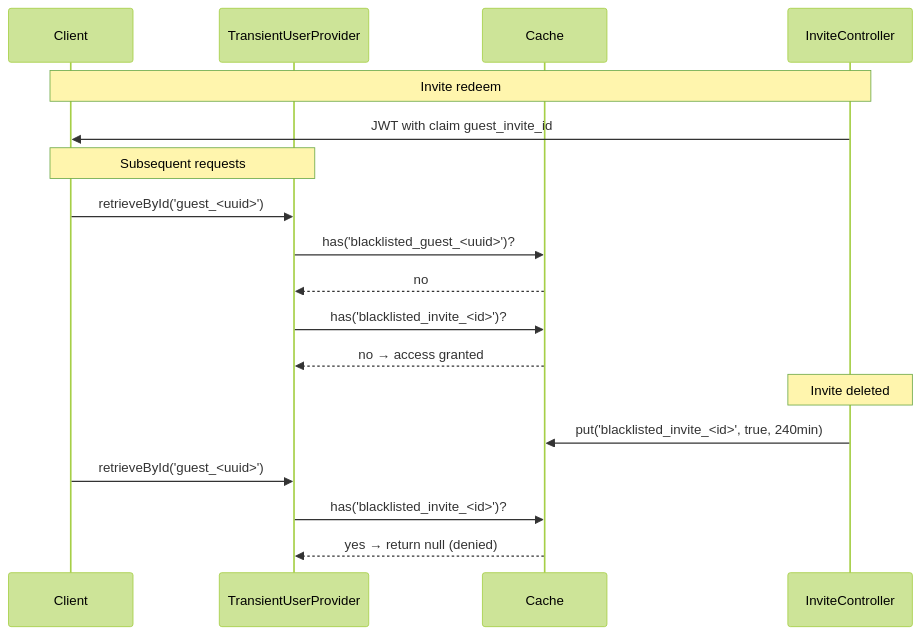
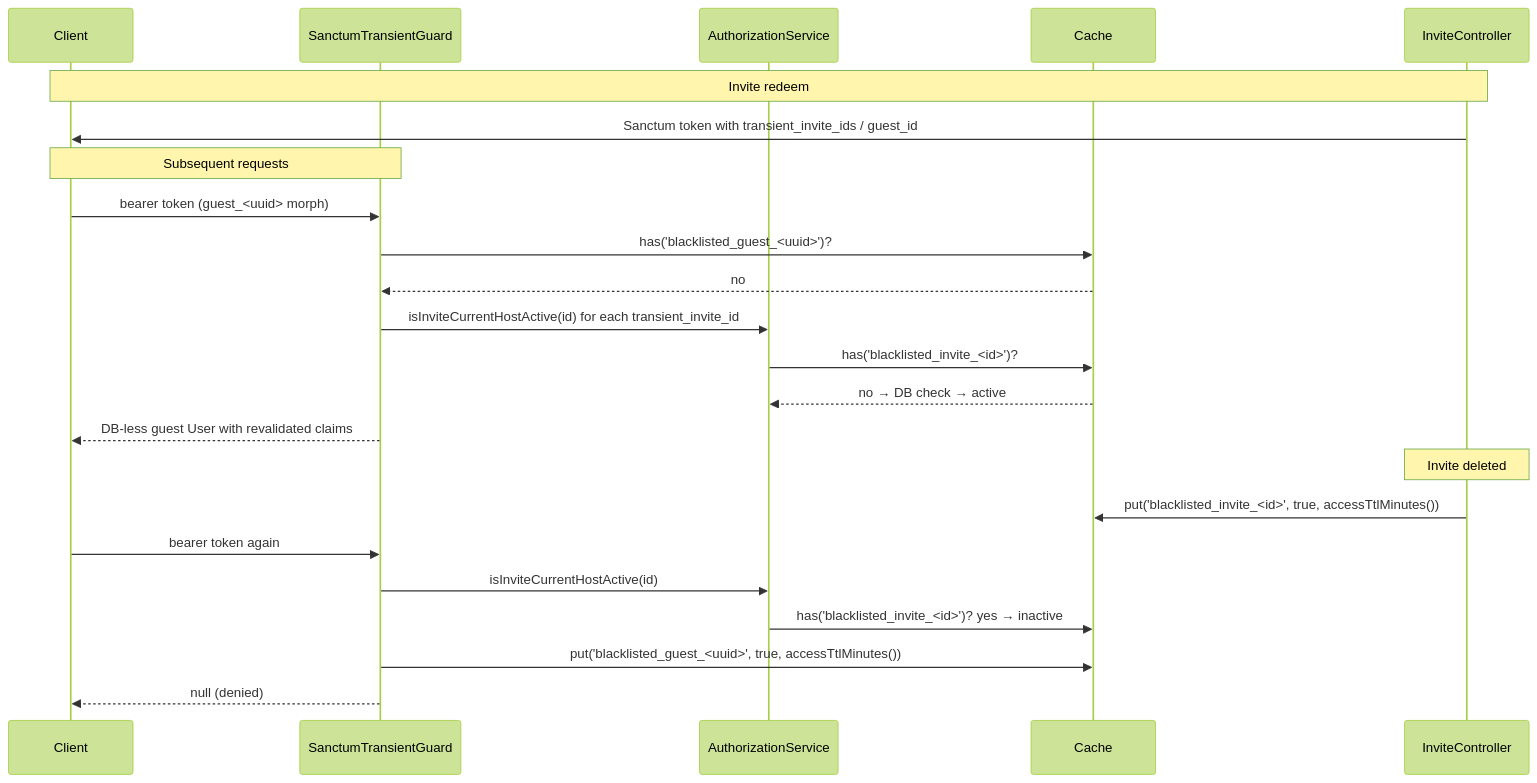
One commit to reisinger-pictures/portal.reisinger.pictures changed the diagram in features/security/guest-jwt-blacklist.md. Above: the diagram before and after it, drawn with Mermaid (forest theme). The commit also changed other lines of this file and 3 other files, not shown here.

````diff
--- a/features/security/guest-jwt-blacklist.md
+++ b/features/security/guest-jwt-blacklist.md
@@ -13,24 +20,27 @@
 ```mermaid
 sequenceDiagram
     participant Client
-    participant TransientUserProvider
+    participant SanctumTransientGuard
+    participant AuthorizationService
     participant Cache
-    participant InviteController
 
     Note over InviteController,Client: Invite redeem
-    InviteController->>Client: JWT with claim guest_invite_id
-    
-    Note over Client,TransientUserProvider: Subsequent requests
-    Client->>TransientUserProvider: retrieveById('guest_<uuid>')
-    TransientUserProvider->>Cache: has('blacklisted_guest_<uuid>')?
-    Cache-->>TransientUserProvider: no
-    TransientUserProvider->>Cache: has('blacklisted_invite_<id>')?
-    Cache-->>TransientUserProvider: no → access granted
+    InviteController->>Client: Sanctum token with transient_invite_ids / guest_id
+
+    Note over Client,SanctumTransientGuard: Subsequent requests
+    Client->>SanctumTransientGuard: bearer token (guest_<uuid> morph)
+    SanctumTransientGuard->>Cache: has('blacklisted_guest_<uuid>')?
+    Cache-->>SanctumTransientGuard: no
+    SanctumTransientGuard->>AuthorizationService: isInviteCurrentHostActive(id) for each transient_invite_id
+    AuthorizationService->>Cache: has('blacklisted_invite_<id>')?
+    Cache-->>AuthorizationService: no → DB check → active
+    SanctumTransientGuard-->>Client: DB-less guest User with revalidated claims
 
     Note over InviteController: Invite deleted
-    InviteController->>Cache: put('blacklisted_invite_<id>', true, 240min)
-    
-    Client->>TransientUserProvider: retrieveById('guest_<uuid>')
-    TransientUserProvider->>Cache: has('blacklisted_invite_<id>')?
-    Cache-->>TransientUserProvider: yes → return null (denied)
+    InviteController->>Cache: put('blacklisted_invite_<id>', true, accessTtlMinutes())
+    Client->>SanctumTransientGuard: bearer token again
+    SanctumTransientGuard->>AuthorizationService: isInviteCurrentHostActive(id)
+    AuthorizationService->>Cache: has('blacklisted_invite_<id>')? yes → inactive
+    SanctumTransientGuard->>Cache: put('blacklisted_guest_<uuid>', true, accessTtlMinutes())
+    SanctumTransientGuard-->>Client: null (denied)
 ```
````
